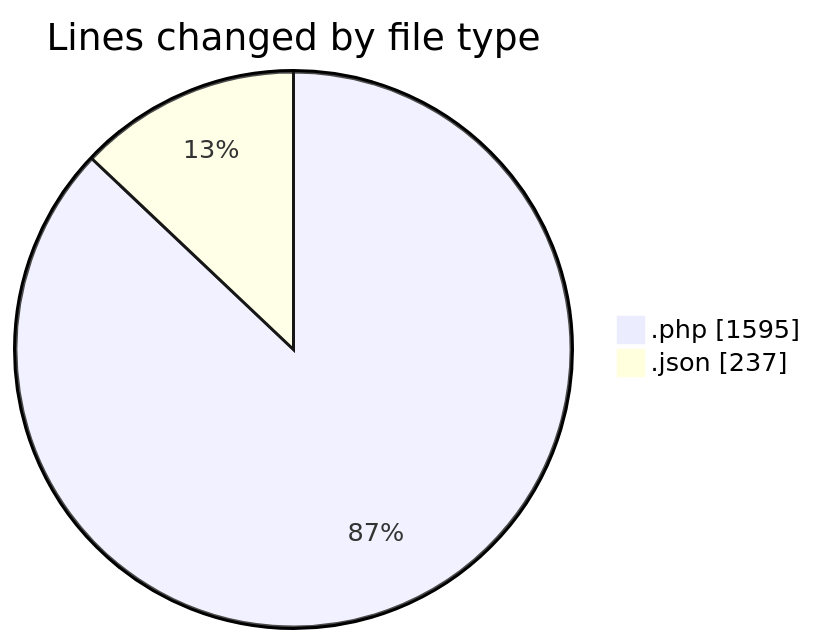
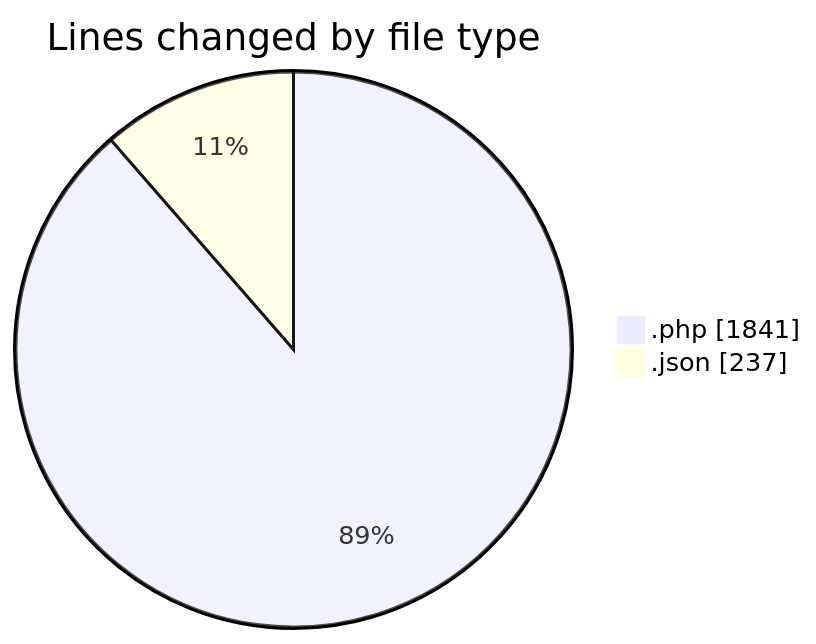
Before and after one commit to idhammustaqopulfikri/code-tracking: the first of 2 diagrams in 2025-06-16/studio-backend/README.md, drawn with Mermaid. The commit also changed other lines of this file and 1 other file, not shown here.

````diff
--- a/2025-06-16/studio-backend/README.md
+++ b/2025-06-16/studio-backend/README.md
@@ -32,6 +33,6 @@
 ```mermaid
 pie showData
 title Lines changed by file type
-".php" : 1595
+".php" : 1841
 ".json" : 237
 ```
````
